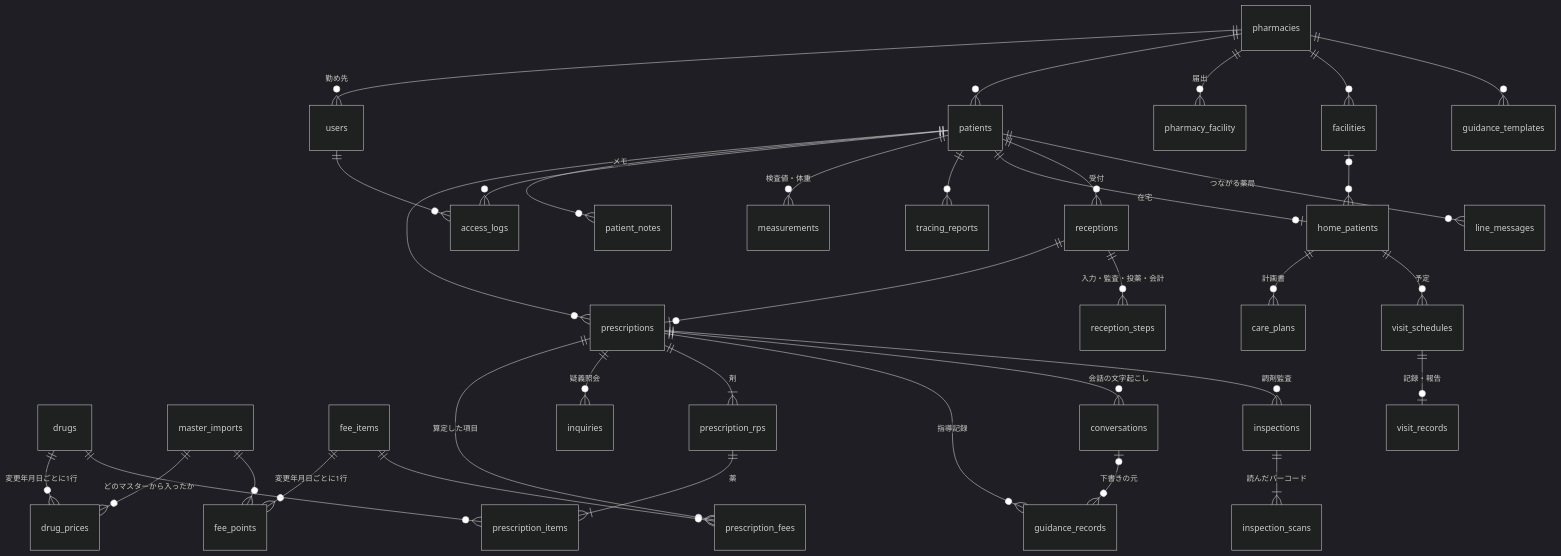
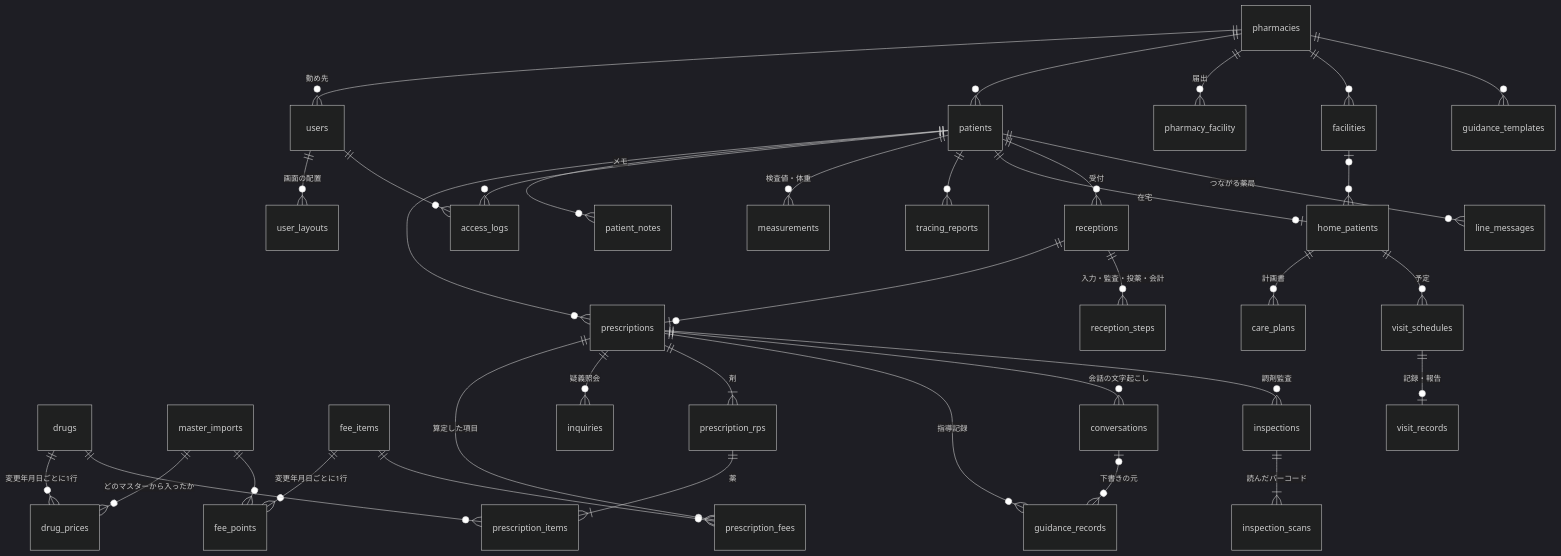
Before and after one commit to Raion613/pharmacy-app: the third of 3 diagrams in README.md, drawn with Mermaid (dark theme). The commit also changed other lines of this file and 9 other files, not shown here.

````diff
--- a/README.md
+++ b/README.md
@@ -275,38 +275,39 @@
 ```mermaid
 erDiagram
   pharmacies ||--o{ users : "勤め先"
   pharmacies ||--o{ patients : ""
   pharmacies ||--o{ pharmacy_facility : "届出"
   pharmacies ||--o{ facilities : ""
   pharmacies ||--o{ guidance_templates : ""
+  users ||--o{ user_layouts : "画面の配置"
   drugs ||--o{ drug_prices : "変更年月日ごとに1行"
   master_imports ||--o{ drug_prices : "どのマスターから入ったか"
   fee_items ||--o{ fee_points : "変更年月日ごとに1行"
   master_imports ||--o{ fee_points : ""
   prescriptions ||--o{ prescription_fees : "算定した項目"
   fee_items ||--o{ prescription_fees : ""
   prescriptions ||--o{ inquiries : "疑義照会"
   patients ||--o{ prescriptions : ""
   prescriptions ||--|{ prescription_rps : "剤"
   prescription_rps ||--|{ prescription_items : "薬"
   drugs ||--o{ prescription_items : ""
   patients ||--o{ patient_notes : "メモ"
   prescriptions ||--o{ guidance_records : "指導記録"
   users ||--o{ access_logs : ""
   patients ||--o{ access_logs : ""
   patients ||--o{ measurements : "検査値・体重"
   prescriptions ||--o{ conversations : "会話の文字起こし"
   conversations |o--o{ guidance_records : "下書きの元"
   patients ||--o{ tracing_reports : ""
   patients ||--o| home_patients : "在宅"
   facilities |o--o{ home_patients : ""
   home_patients ||--o{ care_plans : "計画書"
   home_patients ||--o{ visit_schedules : "予定"
   visit_schedules ||--o| visit_records : "記録・報告"
   patients ||--o{ receptions : "受付"
   receptions ||--o| prescriptions : ""
   receptions ||--o{ reception_steps : "入力・監査・投薬・会計"
   prescriptions ||--o{ inspections : "調剤監査"
   inspections ||--|{ inspection_scans : "読んだバーコード"
   patients ||--o{ line_messages : "つながる薬局"
 ```
````
